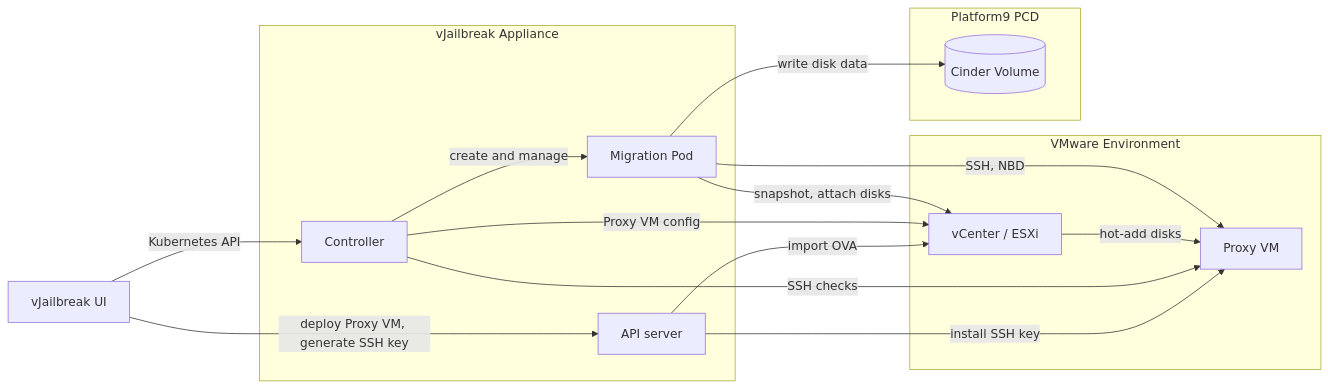
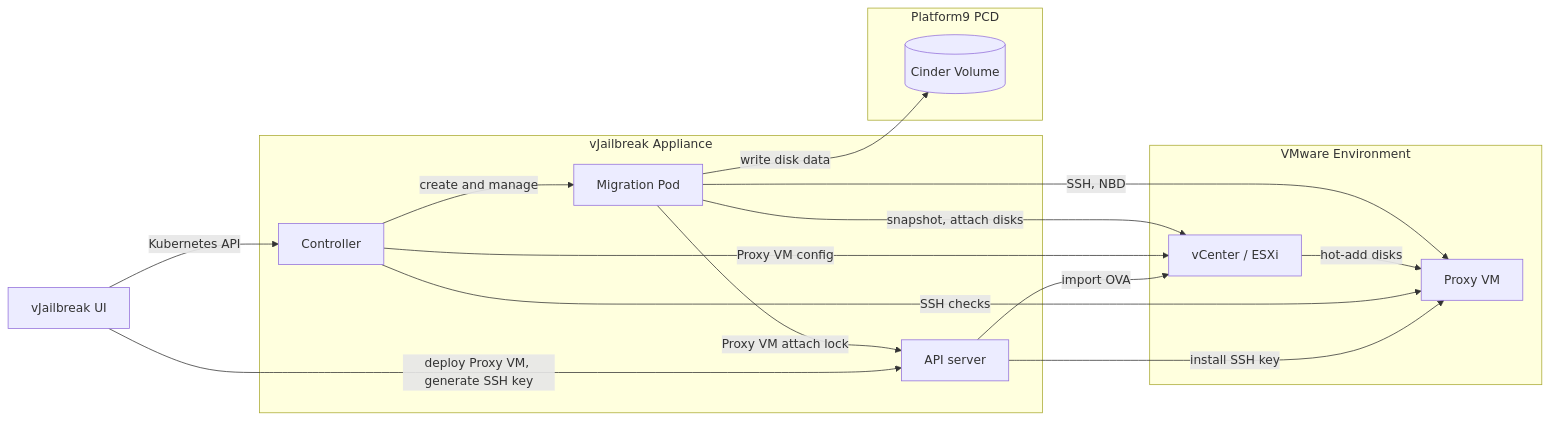
Before and after one commit to platform9/vjailbreak: the first of 2 diagrams in docs/src/content/docs/concepts/vjailbreak-accelerated-copy.md, drawn with Mermaid. The commit also changed other lines of this file and 18 other files, not shown here.

````diff
--- a/docs/src/content/docs/concepts/vjailbreak-accelerated-copy.md
+++ b/docs/src/content/docs/concepts/vjailbreak-accelerated-copy.md
@@ -324,28 +324,29 @@
 ```mermaid
 flowchart LR
     ui["vJailbreak UI"]
     subgraph vjb["vJailbreak Appliance"]
         api["API server"]
         ctrl["Controller"]
         pod["Migration Pod"]
     end
     subgraph vmw["VMware Environment"]
         vc["vCenter / ESXi"]
         proxy["Proxy VM"]
     end
     subgraph pcd["Platform9 PCD"]
         cinder[("Cinder Volume")]
     end
 
     ui -->|Kubernetes API| ctrl
     ui -->|deploy Proxy VM, generate SSH key| api
     api -->|import OVA| vc
     api -->|install SSH key| proxy
     ctrl -->|create and manage| pod
     ctrl -->|Proxy VM config| vc
     ctrl -->|SSH checks| proxy
     vc -->|hot-add disks| proxy
     pod -->|snapshot, attach disks| vc
     pod -->|SSH, NBD| proxy
+    pod -->|Proxy VM attach lock| api
     pod -->|write disk data| cinder
 ```
````
